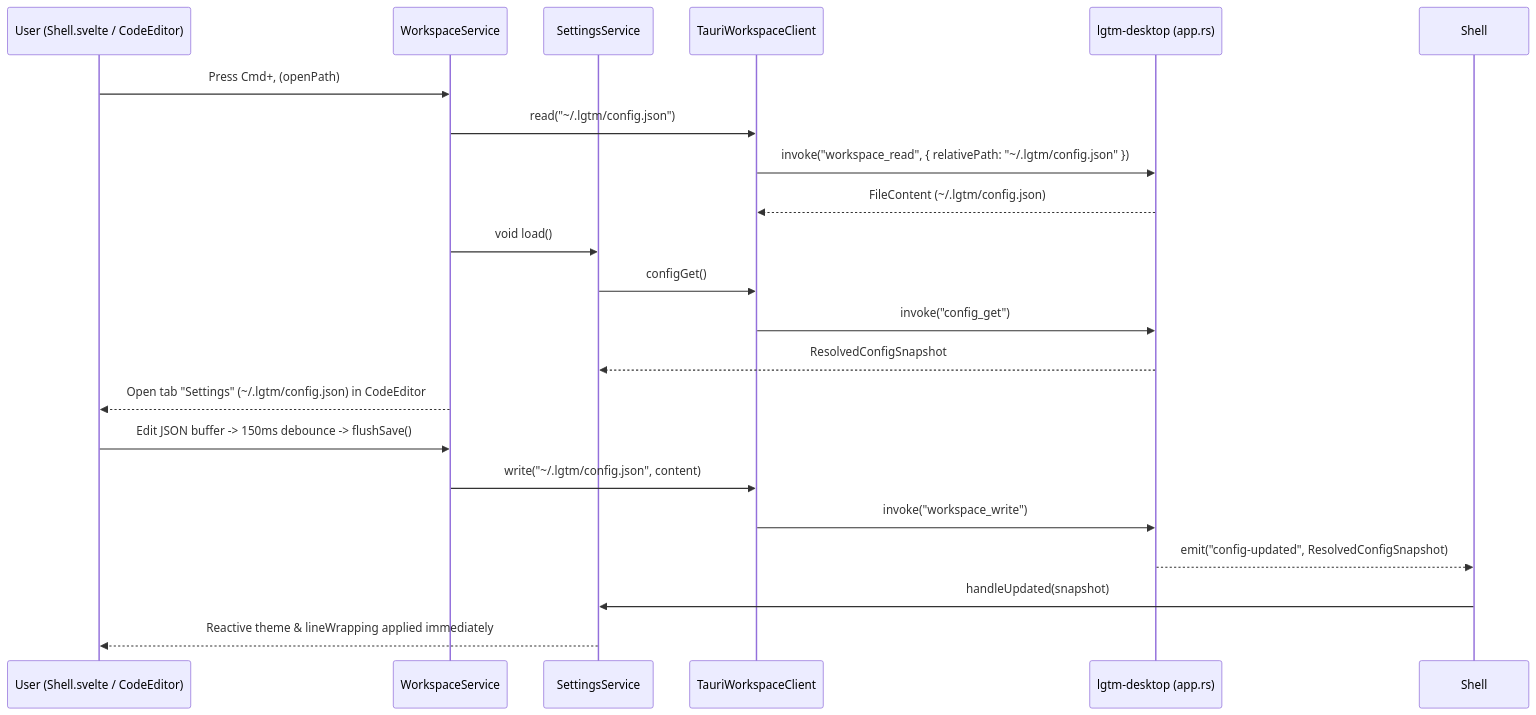
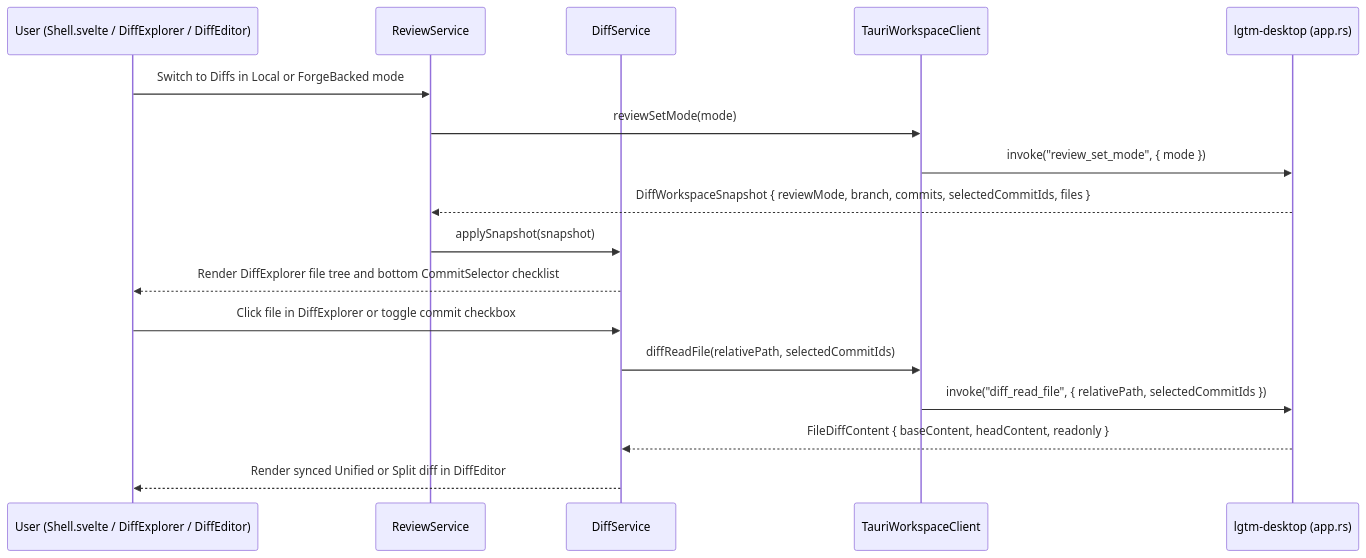
The second of 3 diagrams in docs/architecture/web/index.md (difflab-io/lgtm), drawn with Mermaid before and after one commit. The commit also changed other lines of this file and 58 other files, not shown here.

Commit message:
feat(desktop,web,ui): add CodeMirror diff viewer, collapsible diff explorer, and commit checklist

````diff
--- a/docs/architecture/web/index.md
+++ b/docs/architecture/web/index.md
@@ -100,25 +111,21 @@
 ```mermaid
 sequenceDiagram
-    participant User as User (Shell.svelte / CodeEditor)
-    participant WsSvc as WorkspaceService
-    participant SetSvc as SettingsService
+    participant User as User (Shell.svelte / DiffExplorer / DiffEditor)
+    participant RevSvc as ReviewService
+    participant DiffSvc as DiffService
     participant Client as TauriWorkspaceClient
     participant Host as lgtm-desktop (app.rs)
 
-    User->>WsSvc: Press Cmd+, (openPath)
-    WsSvc->>Client: read("~/.lgtm/config.json")
-    Client->>Host: invoke("workspace_read", { relativePath: "~/.lgtm/config.json" })
-    Host-->>Client: FileContent (~/.lgtm/config.json)
-    WsSvc->>SetSvc: void load()
-    SetSvc->>Client: configGet()
-    Client->>Host: invoke("config_get")
-    Host-->>SetSvc: ResolvedConfigSnapshot
-    WsSvc-->>User: Open tab "Settings" (~/.lgtm/config.json) in CodeEditor
+    User->>RevSvc: Switch to Diffs in Local or ForgeBacked mode
+    RevSvc->>Client: reviewSetMode(mode)
+    Client->>Host: invoke("review_set_mode", { mode })
+    Host-->>RevSvc: DiffWorkspaceSnapshot { reviewMode, branch, commits, selectedCommitIds, files }
+    RevSvc->>DiffSvc: applySnapshot(snapshot)
+    DiffSvc-->>User: Render DiffExplorer file tree and bottom CommitSelector checklist
 
-    User->>WsSvc: Edit JSON buffer -> 150ms debounce -> flushSave()
-    WsSvc->>Client: write("~/.lgtm/config.json", content)
-    Client->>Host: invoke("workspace_write")
-    Host-->>Shell: emit("config-updated", ResolvedConfigSnapshot)
-    Shell->>SetSvc: handleUpdated(snapshot)
-    SetSvc-->>User: Reactive theme & lineWrapping applied immediately
+    User->>DiffSvc: Click file in DiffExplorer or toggle commit checkbox
+    DiffSvc->>Client: diffReadFile(relativePath, selectedCommitIds)
+    Client->>Host: invoke("diff_read_file", { relativePath, selectedCommitIds })
+    Host-->>DiffSvc: FileDiffContent { baseContent, headContent, readonly }
+    DiffSvc-->>User: Render synced Unified or Split diff in DiffEditor
 ```
````
